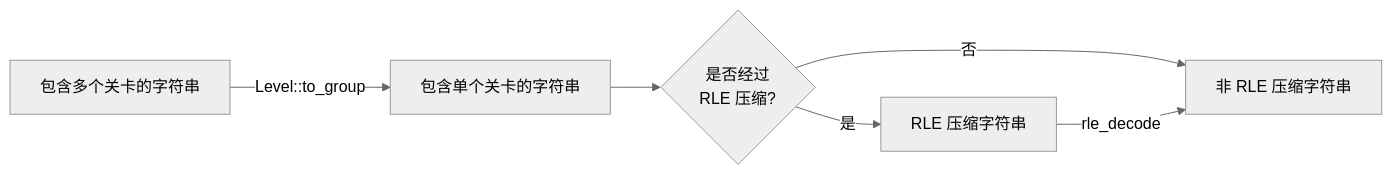
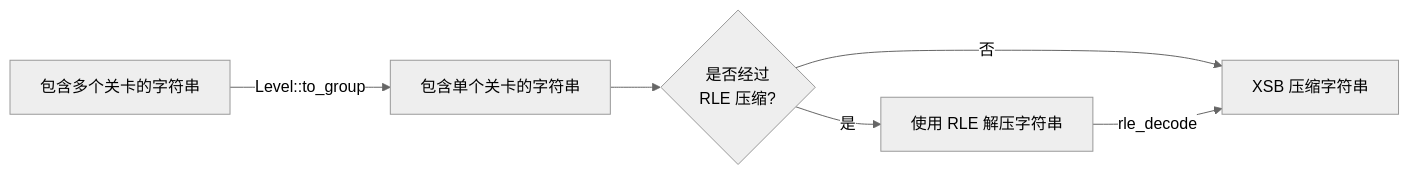
One commit to ShenMian/sokoban-tutorial changed the diagram in src/level/construction.md. Above: the diagram before and after it, drawn with Mermaid (neutral theme).

````diff
--- a/src/level/construction.md
+++ b/src/level/construction.md
@@ -12,9 +12,9 @@
 ```mermaid
 flowchart LR
     A[包含多个关卡的字符串] -->|Level::to_group| B
     B[包含单个关卡的字符串] --> C{是否经过\n RLE 压缩?}
-    C -->|是| D[RLE 压缩字符串]
+    C -->|是| D[使用 RLE 解压字符串]
     C -->|否| E
     D -->|rle_decode| E
-    E[非 RLE 压缩字符串]
+    E[XSB 压缩字符串]
 ```
````
